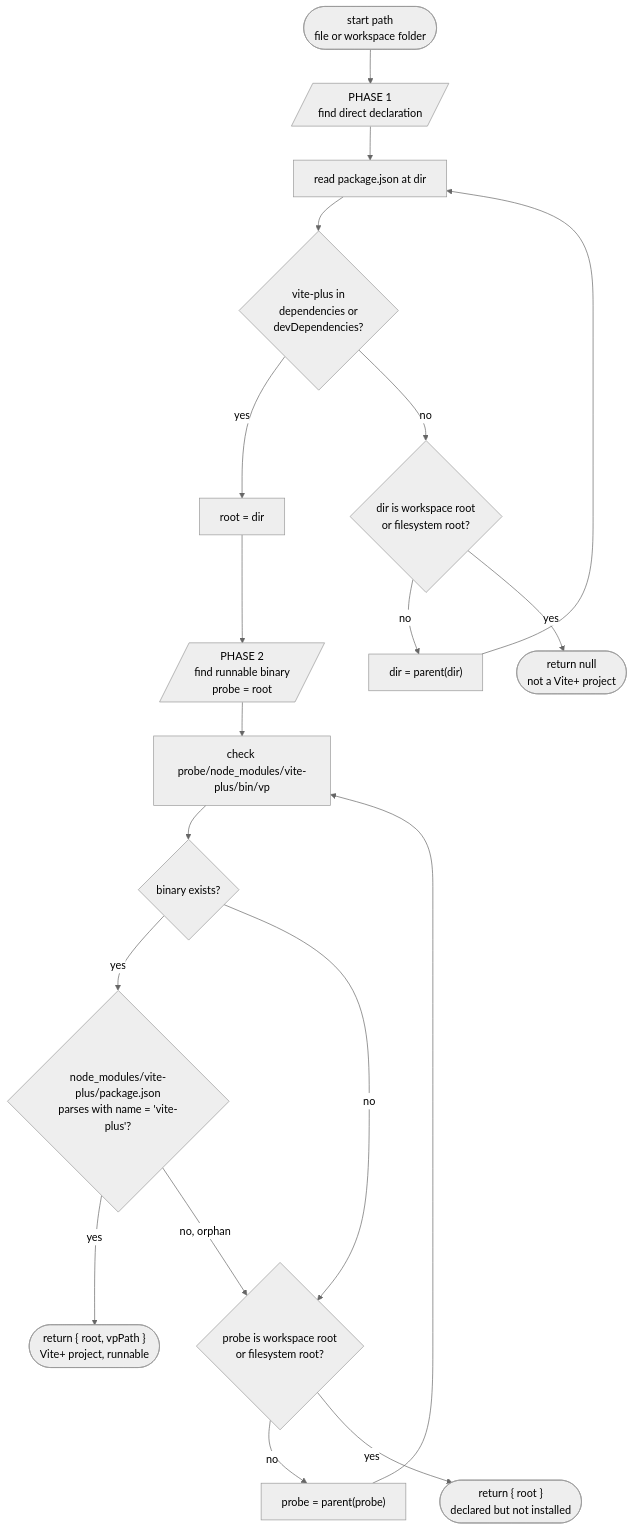
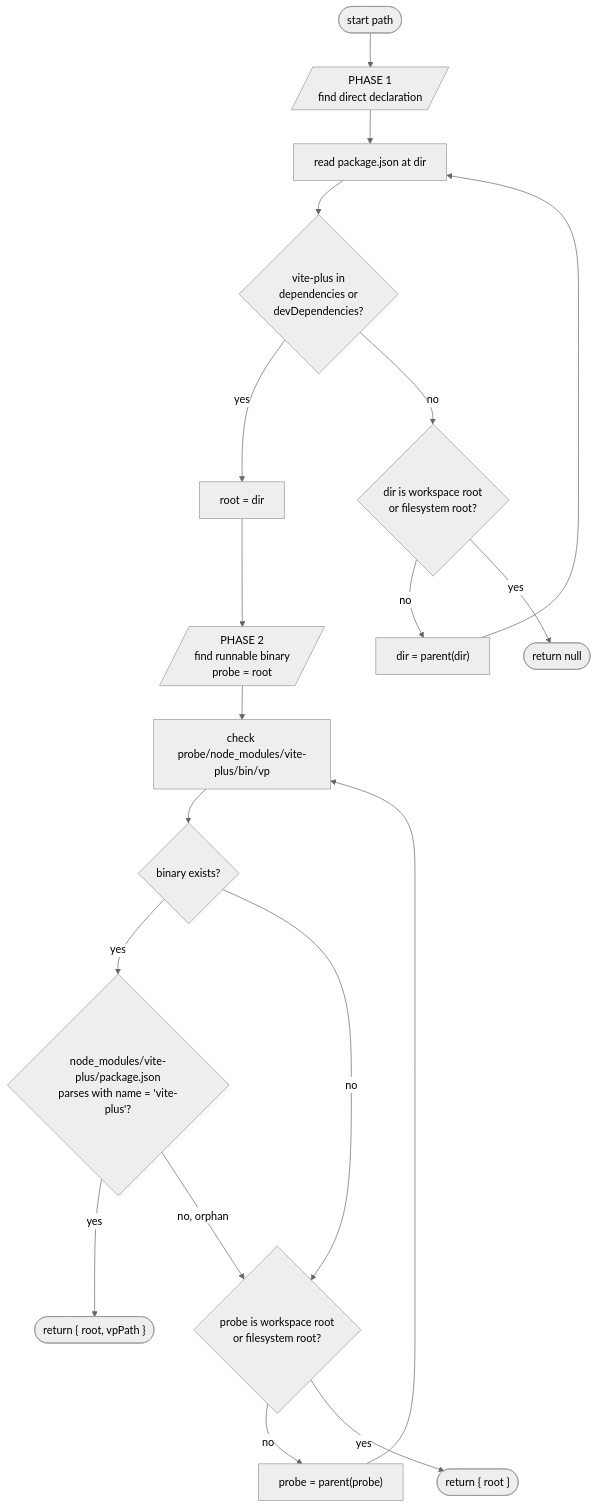
One commit to voidzero-dev/vite-plus changed the diagram in rfcs/editor-extension-vite-plus-detection.md. Above: the diagram before and after it, drawn with Mermaid (neutral theme). The commit also changed other lines of this file, not shown here.

````diff
--- a/rfcs/editor-extension-vite-plus-detection.md
+++ b/rfcs/editor-extension-vite-plus-detection.md
@@ -259,24 +91,24 @@
 ```mermaid
 flowchart TD
-    Start([start path<br/>file or workspace folder])
+    Start([start path])
 
     Start --> P1Begin[/"PHASE 1<br/>find direct declaration"/]
     P1Begin --> P1Read["read package.json at dir"]
     P1Read --> P1Q{"vite-plus in<br/>dependencies or<br/>devDependencies?"}
     P1Q -- yes --> P1Found["root = dir"]
     P1Q -- no --> P1Bound{"dir is workspace root<br/>or filesystem root?"}
     P1Bound -- no --> P1Up["dir = parent(dir)"]
     P1Up --> P1Read
-    P1Bound -- yes --> ResultNull(["return null<br/>not a Vite+ project"])
+    P1Bound -- yes --> ResultNull(["return null"])
 
     P1Found --> P2Begin[/"PHASE 2<br/>find runnable binary<br/>probe = root"/]
     P2Begin --> P2Check["check probe/node_modules/vite-plus/bin/vp"]
     P2Check --> P2Exists{"binary exists?"}
     P2Exists -- yes --> P2Valid{"node_modules/vite-plus/package.json<br/>parses with name = 'vite-plus'?"}
-    P2Valid -- yes --> ResultRunnable(["return { root, vpPath }<br/>Vite+ project, runnable"])
+    P2Valid -- yes --> ResultRunnable(["return { root, vpPath }"])
     P2Valid -- no, orphan --> P2Bound
     P2Exists -- no --> P2Bound{"probe is workspace root<br/>or filesystem root?"}
     P2Bound -- no --> P2Up["probe = parent(probe)"]
     P2Up --> P2Check
-    P2Bound -- yes --> ResultDeclared(["return { root }<br/>declared but not installed"])
+    P2Bound -- yes --> ResultDeclared(["return { root }"])
 ```
````
